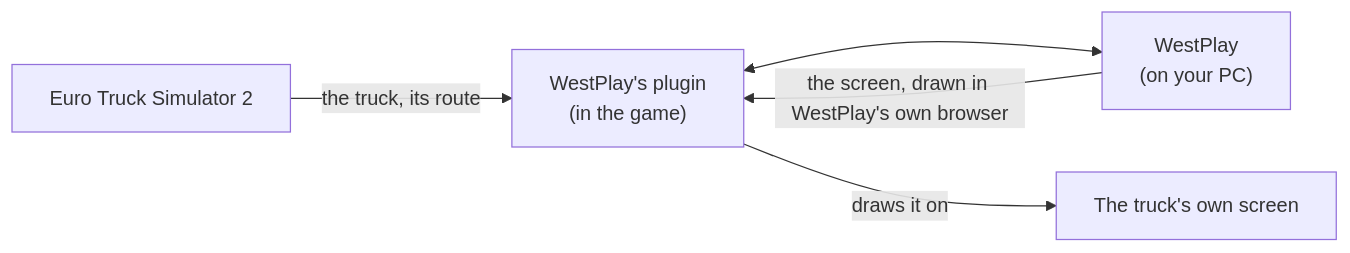
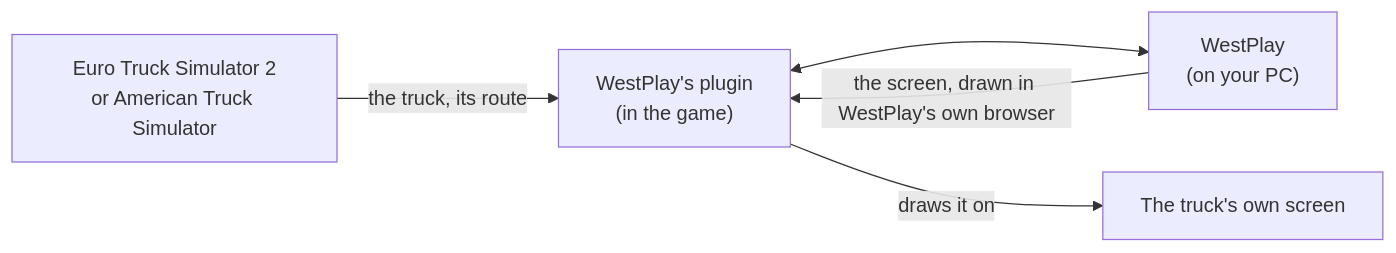
Before and after one commit to enes-less/WestPlay: the diagram in README.md, drawn with Mermaid. The commit also changed other lines of this file and 365 other files, not shown here.

Commit message:
WestPlay 2.2.0

````diff
--- a/README.md
+++ b/README.md
@@ -86,7 +90,7 @@
 ```mermaid
 flowchart LR
-  game["Euro Truck Simulator 2"] -- "the truck, its route" --> plugin["WestPlay's plugin<br/>(in the game)"]
+  game["Euro Truck Simulator 2<br/>or American Truck Simulator"] -- "the truck, its route" --> plugin["WestPlay's plugin<br/>(in the game)"]
   plugin <--> app["WestPlay<br/>(on your PC)"]
   app -- "the screen, drawn in WestPlay's own browser" --> plugin
   plugin -- "draws it on" --> screen["The truck's own screen"]
 ```
````
